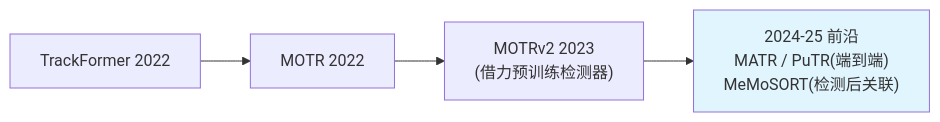
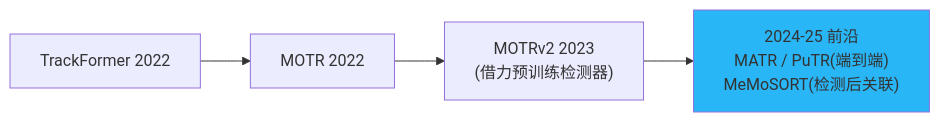
The fifth of 5 diagrams in docs/guides/tracking/transformer-mot.md (yyq19990828/onnxtools), drawn with Mermaid before and after one commit. The commit also changed other lines of this file and 12 other files, not shown here.

First line of the commit message:
fix(docs): 修复 mermaid 暗色模式配色 + 语法报错 + 数学公式渲染

````diff
--- a/docs/guides/tracking/transformer-mot.md
+++ b/docs/guides/tracking/transformer-mot.md
@@ -102,7 +102,7 @@
 ```mermaid
 graph LR
     TF["TrackFormer 2022"] --> MOTR["MOTR 2022"]
     MOTR --> MOTR2["MOTRv2 2023<br/>(借力预训练检测器)"]
     MOTR2 --> FRONT["2024-25 前沿<br/>MATR / PuTR(端到端)<br/>MeMoSORT(检测后关联)"]
-    style FRONT fill:#e1f5fe
+    style FRONT fill:#29b6f6
 ```
````
